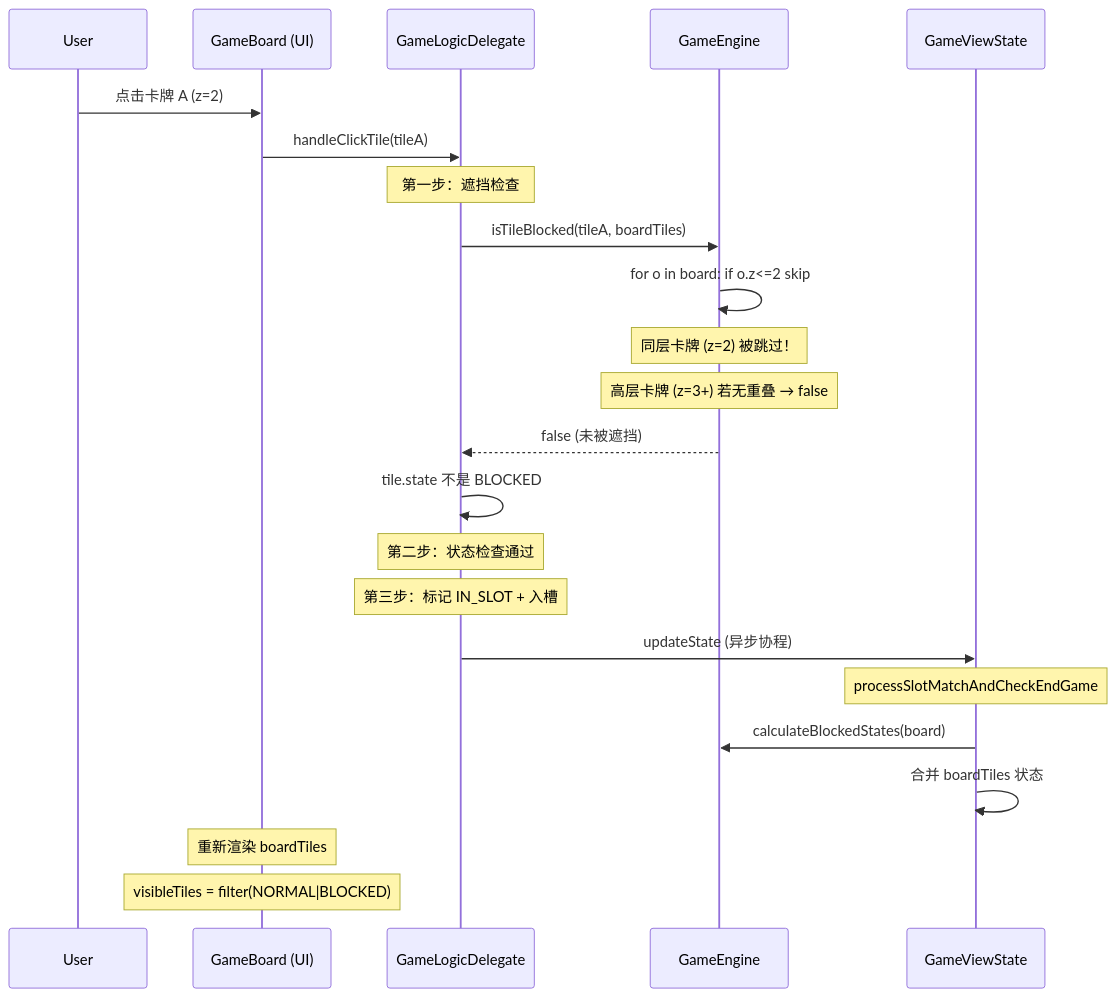
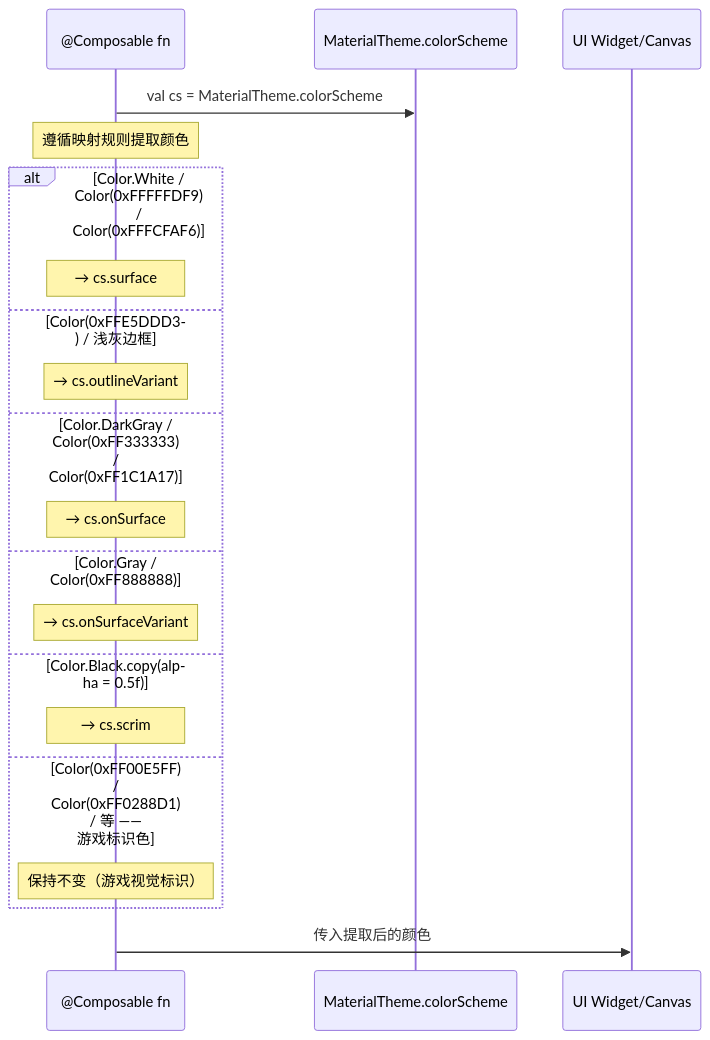
One commit to xqh0927/sheeps changed the fourth of 5 diagrams in docs/system_design.md. Above: the diagram before and after it, drawn with Mermaid. The commit also changed other lines of this file and 27 other files, not shown here.

````diff
--- a/docs/system_design.md
+++ b/docs/system_design.md
@@ -155,30 +222,25 @@
 ```mermaid
 sequenceDiagram
-    participant User
-    participant GameBoard as GameBoard (UI)
-    participant GLD as GameLogicDelegate
-    participant GE as GameEngine
-    participant State as GameViewState
+    participant Comp as @Composable fn
+    participant M3 as MaterialTheme.colorScheme
+    participant Widget as UI Widget/Canvas
 
-    User->>GameBoard: 点击卡牌 A (z=2)
-    GameBoard->>GLD: handleClickTile(tileA)
+    Comp->>M3: val cs = MaterialTheme.colorScheme
+    Note over Comp: 遵循映射规则提取颜色
 
-    Note over GLD: 第一步：遮挡检查
-    GLD->>GE: isTileBlocked(tileA, boardTiles)
-    GE->>GE: for o in board: if o.z<=2 skip
-    Note over GE: 同层卡牌 (z=2) 被跳过！
-    Note over GE: 高层卡牌 (z=3+) 若无重叠 → false
-    GE-->>GLD: false (未被遮挡)
-    GLD->>GLD: tile.state 不是 BLOCKED
+    alt Color.White / Color(0xFFFFFDF9) / Color(0xFFFCFAF6)
+        Note over Comp: → cs.surface
+    else Color(0xFFE5DDD3) / 浅灰边框
+        Note over Comp: → cs.outlineVariant
+    else Color.DarkGray / Color(0xFF333333) / Color(0xFF1C1A17)
+        Note over Comp: → cs.onSurface
+    else Color.Gray / Color(0xFF888888)
+        Note over Comp: → cs.onSurfaceVariant
+    else Color.Black.copy(alpha = 0.5f)
+        Note over Comp: → cs.scrim
+    else Color(0xFF00E5FF) / Color(0xFF0288D1) / 等 —— 游戏标识色
+        Note over Comp: 保持不变（游戏视觉标识）
+    end
 
-    Note over GLD: 第二步：状态检查通过
-    Note over GLD: 第三步：标记 IN_SLOT + 入槽
-
-    GLD->>State: updateState (异步协程)
-    Note over State: processSlotMatchAndCheckEndGame
-    State->>GE: calculateBlockedStates(board)
-    State->>State: 合并 boardTiles 状态
-
-    Note over GameBoard: 重新渲染 boardTiles
-    Note over GameBoard: visibleTiles = filter(NORMAL|BLOCKED)
+    Comp->>Widget: 传入提取后的颜色
 ```
````
